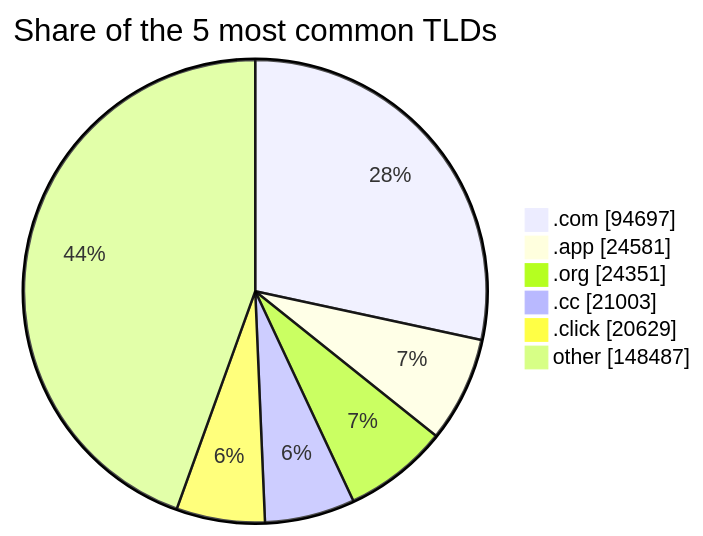
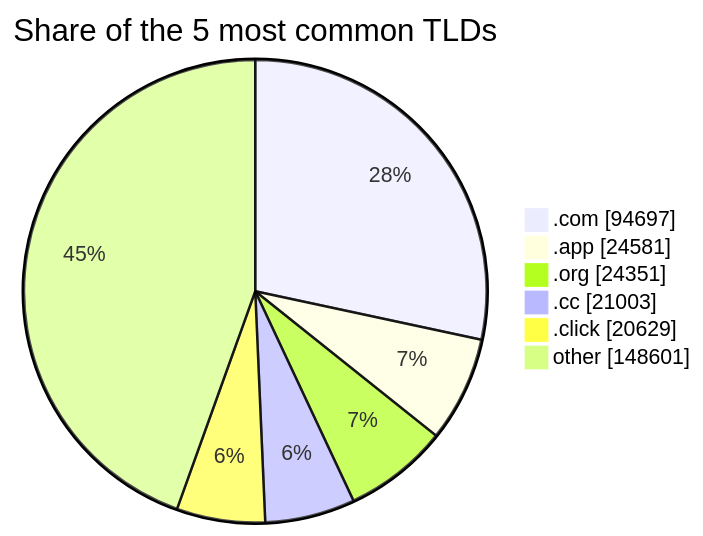
One commit to DNSBunker/CTI changed the third of 3 diagrams in README.md. Above: the diagram before and after it, drawn with Mermaid. The commit also changed other lines of this file and 4 other files, not shown here.

````diff
--- a/README.md
+++ b/README.md
@@ -81,9 +81,9 @@
 ```mermaid
 pie showData title Share of the 5 most common TLDs
     ".com" : 94697
     ".app" : 24581
     ".org" : 24351
     ".cc" : 21003
     ".click" : 20629
-    "other" : 148487
+    "other" : 148601
 ```
````
